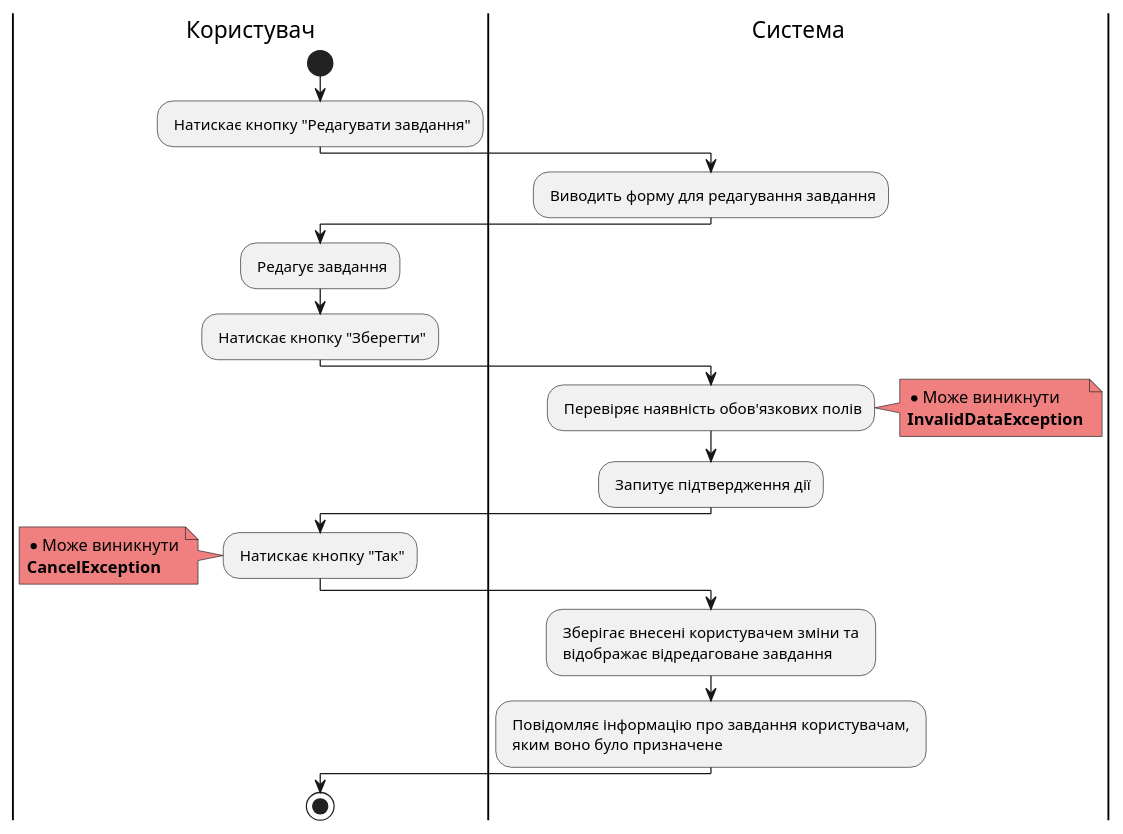
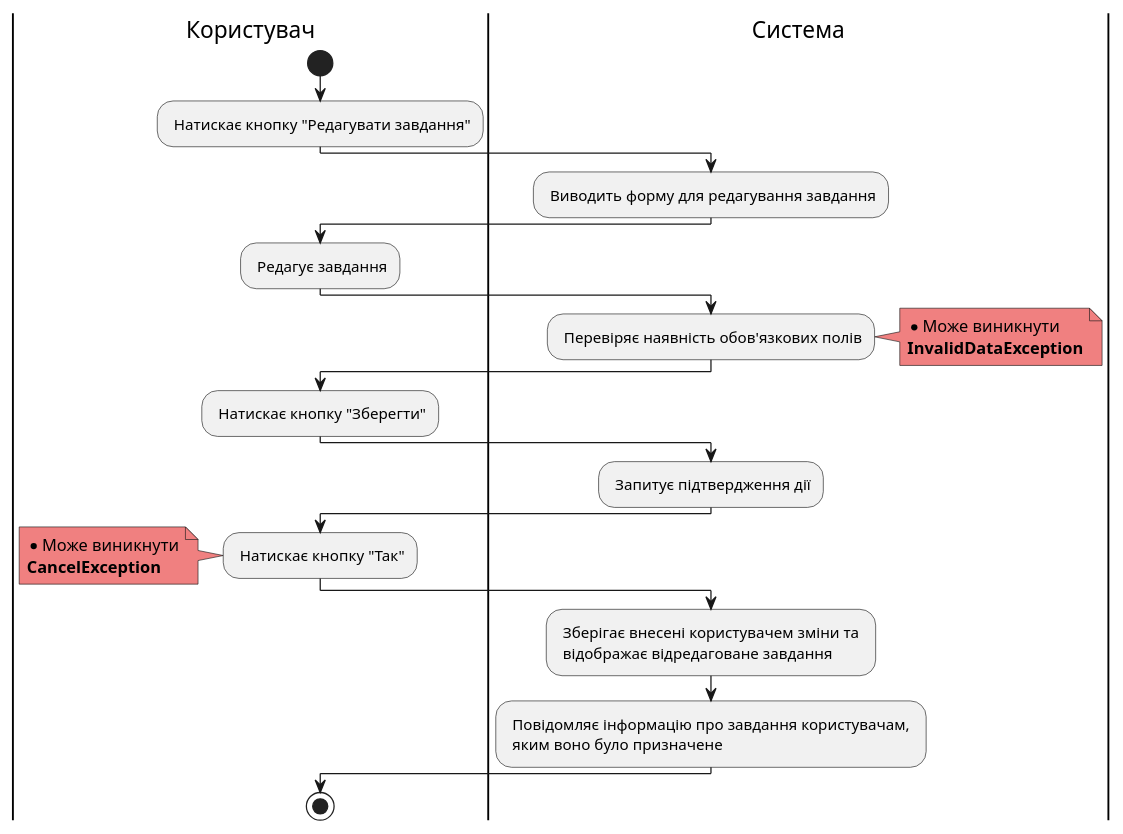
Before and after one commit to samoilenkomariia/db-coursework: the third of 6 diagrams in docs/use cases/README.md, drawn with PlantUML.

Commit message:
Update use cases diagrams

```diff
--- a/docs/use cases/README.md
+++ b/docs/use cases/README.md
@@ -208,38 +208,40 @@
 @startuml
-
-    |Користувач|
+|Користувач|
     start;
     : Натискає кнопку "Редагувати завдання";
 
     |Система|
     : Виводить форму для редагування завдання;
 
     |Користувач|
     : Редагує завдання;
-    : Натискає кнопку "Зберегти";
     
     |Система|
     : Перевіряє наявність обов'язкових полів;
     
     note right #lightcoral
         * Може виникнути
         <b>InvalidDataException</b>
     end note
     
+    |Користувач|
+    : Натискає кнопку "Зберегти";
+    
+    |Система|
     : Запитує підтвердження дії;
     
     |Користувач|
     : Натискає кнопку "Так";
     
     note left #lightcoral
         * Може виникнути
         <b>CancelException</b>
     end note    
 
     |Система|
     : Зберігає внесені користувачем зміни та \n відображає відредаговане завдання;
     : Повідомляє інформацію про завдання користувачам, \n яким воно було призначене;
 
     |Користувач|
         stop;
 @enduml
```
